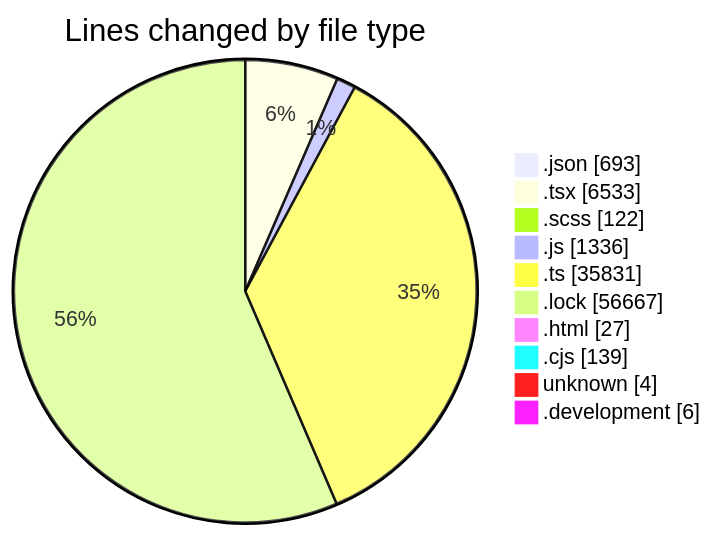
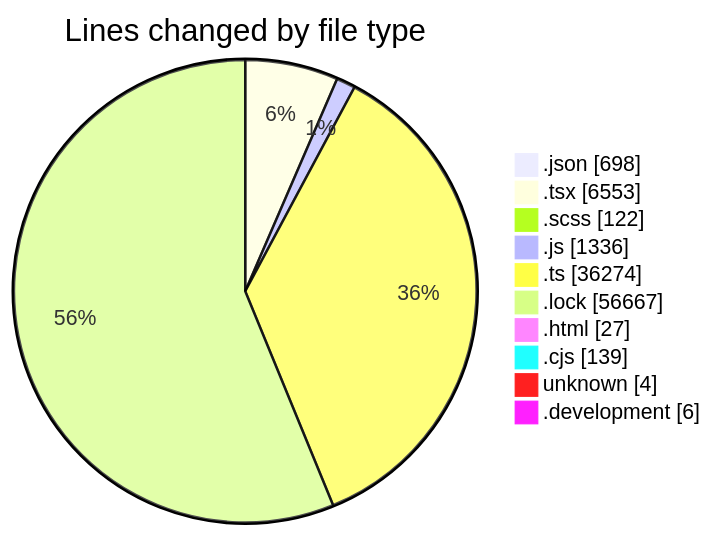
One commit to momahboobian/code-tracking changed the first of 2 diagrams in 2026-09-03/cda/README.md. Above: the diagram before and after it, drawn with Mermaid. The commit also changed other lines of this file and 1 other file, not shown here.

````diff
--- a/2026-09-03/cda/README.md
+++ b/2026-09-03/cda/README.md
@@ -82,14 +82,14 @@
 ```mermaid
 pie showData
 title Lines changed by file type
-".json" : 693
-".tsx" : 6533
+".json" : 698
+".tsx" : 6553
 ".scss" : 122
 ".js" : 1336
-".ts" : 35831
+".ts" : 36274
 ".lock" : 56667
 ".html" : 27
 ".cjs" : 139
 "unknown" : 4
 ".development" : 6
 ```
````
